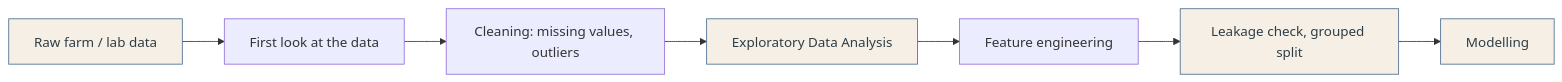
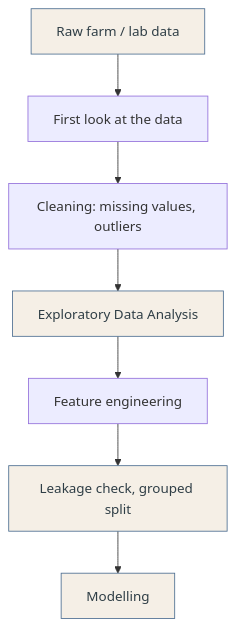
The diagram in README.md (raihan-patwary/raihan-patwary), drawn with Mermaid before and after one commit. The commit also changed other lines of this file, not shown here.

````diff
--- a/README.md
+++ b/README.md
@@ -32,14 +34,14 @@
 ```mermaid
-flowchart LR
+flowchart TD
     A["Raw farm / lab data"] --> B["First look at the data"]
     B --> C["Cleaning: missing values, outliers"]
     C --> D["Exploratory Data Analysis"]
     D --> E["Feature engineering"]
     E --> F["Leakage check, grouped split"]
     F --> G["Modelling"]
 
     style A fill:#F5EFE6,stroke:#4C6E91,color:#2F3E46
     style D fill:#F5EFE6,stroke:#4C6E91,color:#2F3E46
     style F fill:#F5EFE6,stroke:#4C6E91,color:#2F3E46
     style G fill:#F5EFE6,stroke:#4C6E91,color:#2F3E46
 ```
````
